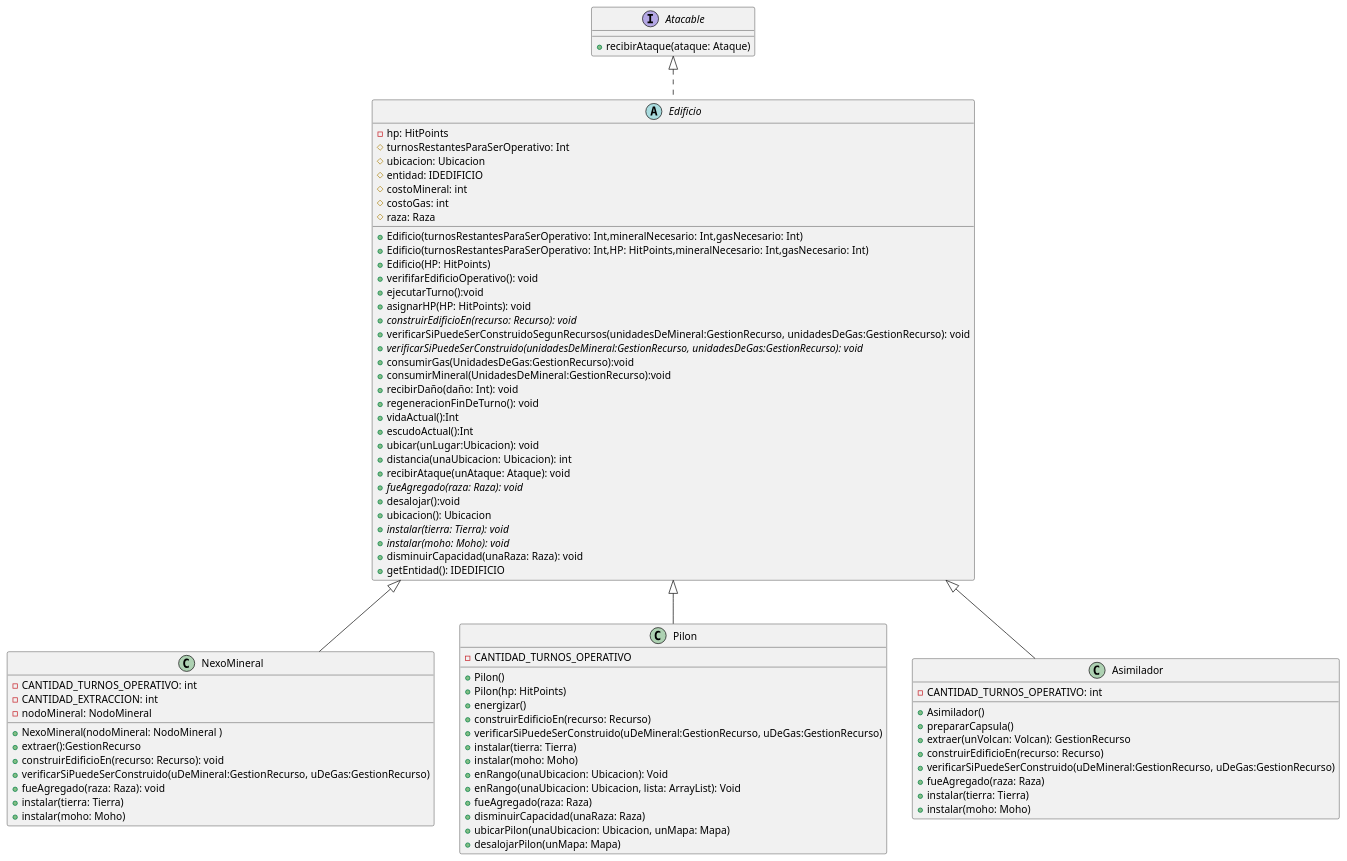
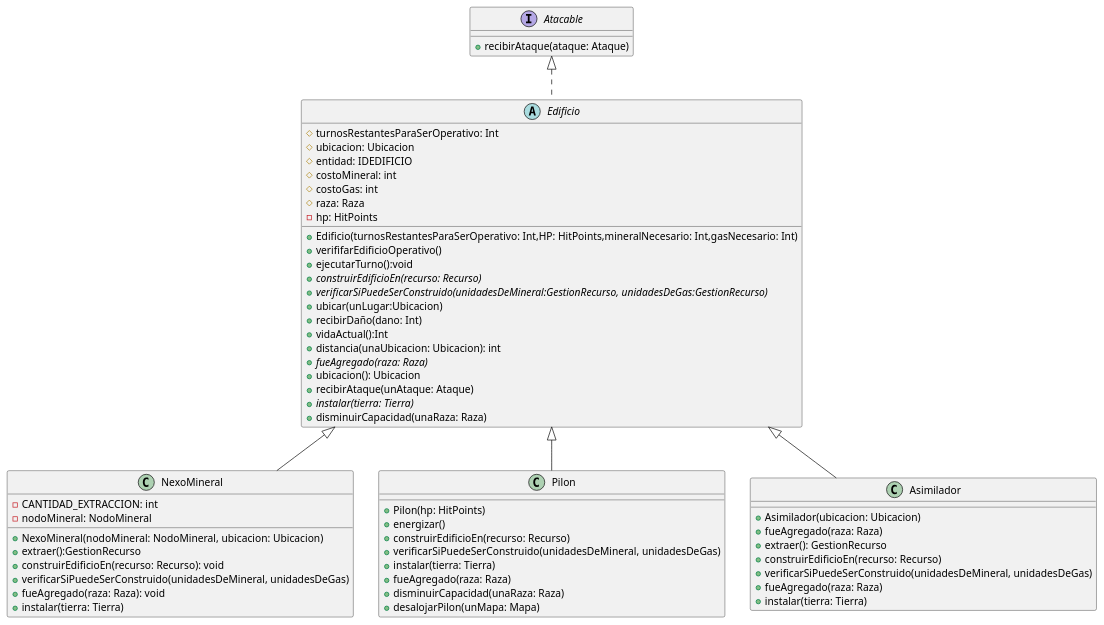
The diagram in diagrams/classes/EdificiosProtoss1.puml (nicolasgirardi/algo3_TP2_AlgoStar), drawn with PlantUML before and after one commit. The commit also changed 4 other files, not shown here.

Commit message:
actualizo diagramas de clase

```diff
--- a/diagrams/classes/EdificiosProtoss1.puml
+++ b/diagrams/classes/EdificiosProtoss1.puml
@@ -1,97 +1,74 @@
 @startuml
 'https://plantuml.com/class-diagram
 
 class NexoMineral{
-    -CANTIDAD_TURNOS_OPERATIVO: int
     -CANTIDAD_EXTRACCION: int
     -nodoMineral: NodoMineral
 
-    +NexoMineral(nodoMineral: NodoMineral )
+    +NexoMineral(nodoMineral: NodoMineral, ubicacion: Ubicacion)
     +extraer():GestionRecurso
     +construirEdificioEn(recurso: Recurso): void
-    +verificarSiPuedeSerConstruido(uDeMineral:GestionRecurso, uDeGas:GestionRecurso)
-    + fueAgregado(raza: Raza): void
+    +verificarSiPuedeSerConstruido(unidadesDeMineral, unidadesDeGas)
+    +fueAgregado(raza: Raza): void
     +instalar(tierra: Tierra)
-    +instalar(moho: Moho)
 
 }
 
 class Pilon{
-    -CANTIDAD_TURNOS_OPERATIVO
-
-    +Pilon()
     +Pilon(hp: HitPoints)
     +energizar()
     +construirEdificioEn(recurso: Recurso)
-    +verificarSiPuedeSerConstruido(uDeMineral:GestionRecurso, uDeGas:GestionRecurso)
+    +verificarSiPuedeSerConstruido(unidadesDeMineral, unidadesDeGas)
     +instalar(tierra: Tierra)
-    +instalar(moho: Moho)
-    + enRango(unaUbicacion: Ubicacion): Void
-    + enRango(unaUbicacion: Ubicacion, lista: ArrayList): Void
-    + fueAgregado(raza: Raza)
+    +fueAgregado(raza: Raza)
     +disminuirCapacidad(unaRaza: Raza)
-    +ubicarPilon(unaUbicacion: Ubicacion, unMapa: Mapa)
     +desalojarPilon(unMapa: Mapa)
 }
 
 class Asimilador{
-    -CANTIDAD_TURNOS_OPERATIVO: int
-
-    +Asimilador()
-    +prepararCapsula()
-    +extraer(unVolcan: Volcan): GestionRecurso
+    +Asimilador(ubicacion: Ubicacion)
+    +fueAgregado(raza: Raza)
+    +extraer(): GestionRecurso
     +construirEdificioEn(recurso: Recurso)
-    +verificarSiPuedeSerConstruido(uDeMineral:GestionRecurso, uDeGas:GestionRecurso)
+    +verificarSiPuedeSerConstruido(unidadesDeMineral, unidadesDeGas)
     +fueAgregado(raza: Raza)
     +instalar(tierra: Tierra)
-    +instalar(moho: Moho)
 }
 
 
 
 interface Atacable {
     +recibirAtaque(ataque: Ataque)
 }
 
 
 abstract class Edificio {
-    -hp: HitPoints
         #turnosRestantesParaSerOperativo: Int
         #ubicacion: Ubicacion
         #entidad: IDEDIFICIO
         #costoMineral: int
         #costoGas: int
         #raza: Raza
+        -hp: HitPoints
 
-        +Edificio(turnosRestantesParaSerOperativo: Int,mineralNecesario: Int,gasNecesario: Int)
         +Edificio(turnosRestantesParaSerOperativo: Int,HP: HitPoints,mineralNecesario: Int,gasNecesario: Int)
-        +Edificio(HP: HitPoints)
-        +verififarEdificioOperativo(): void
+        +verififarEdificioOperativo()
         +ejecutarTurno():void
-        +asignarHP(HP: HitPoints): void
-        + {abstract} construirEdificioEn(recurso: Recurso): void
-        + verificarSiPuedeSerConstruidoSegunRecursos(unidadesDeMineral:GestionRecurso, unidadesDeGas:GestionRecurso): void
-        + {abstract} verificarSiPuedeSerConstruido(unidadesDeMineral:GestionRecurso, unidadesDeGas:GestionRecurso): void
-        +consumirGas(UnidadesDeGas:GestionRecurso):void
-        +consumirMineral(UnidadesDeMineral:GestionRecurso):void
-        +recibirDaño(daño: Int): void
-        +regeneracionFinDeTurno(): void
+        +{abstract} construirEdificioEn(recurso: Recurso)
+        +{abstract} verificarSiPuedeSerConstruido(unidadesDeMineral:GestionRecurso, unidadesDeGas:GestionRecurso)
+        + ubicar(unLugar:Ubicacion)
+        +recibirDaño(dano: Int)
         +vidaActual():Int
-        +escudoActual():Int
-        + ubicar(unLugar:Ubicacion): void
         + distancia(unaUbicacion: Ubicacion): int
-        +recibirAtaque(unAtaque: Ataque): void
-        + {abstract} fueAgregado(raza: Raza): void
-        +desalojar():void
+        + {abstract} fueAgregado(raza: Raza)
         +ubicacion(): Ubicacion
-        +{abstract} instalar(tierra: Tierra): void
-        +{abstract} instalar(moho: Moho): void
-        +disminuirCapacidad(unaRaza: Raza): void
-        +getEntidad(): IDEDIFICIO
+        +recibirAtaque(unAtaque: Ataque)
+        +{abstract} instalar(tierra: Tierra)
+        +disminuirCapacidad(unaRaza: Raza)
 }
 
 Edificio <|-- NexoMineral
 Edificio <|-- Pilon
 Edificio <|-- Asimilador
 Atacable <|.. Edificio
 @enduml
```
